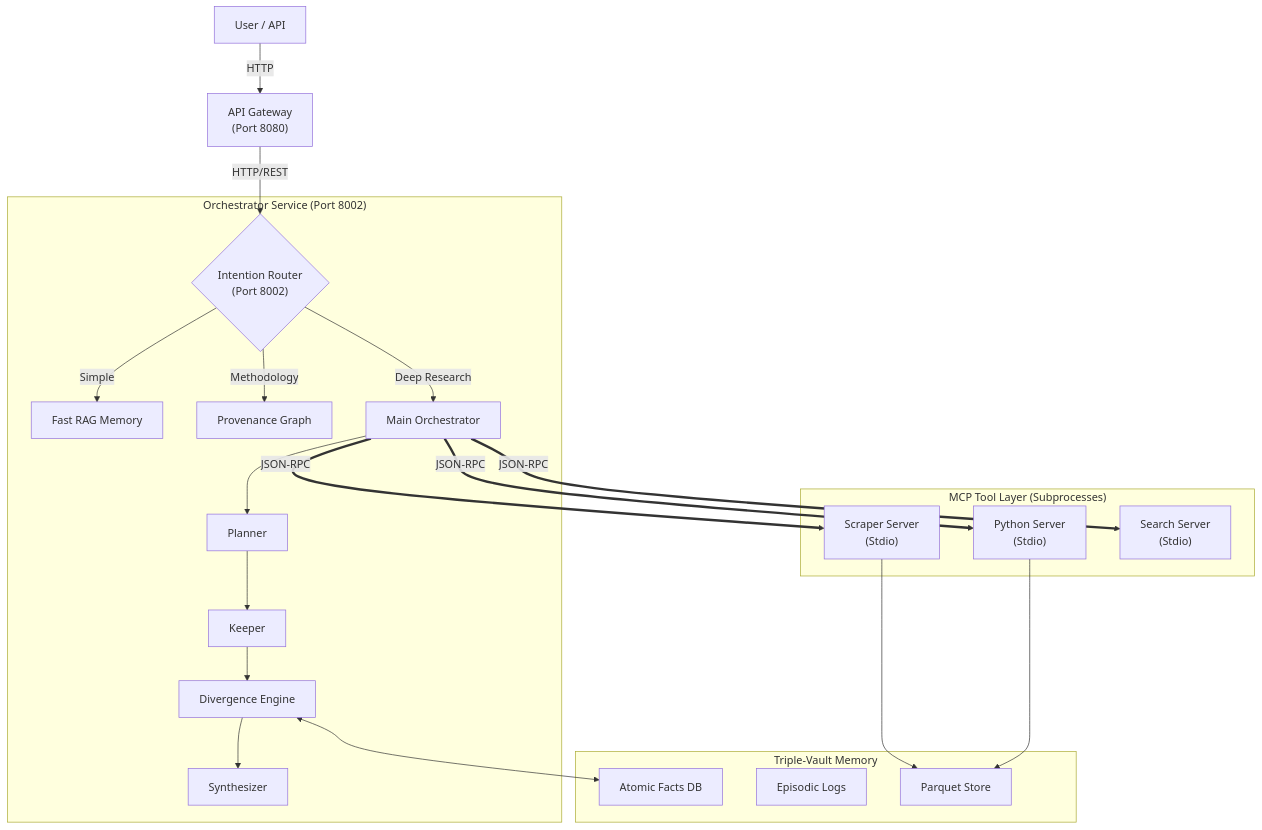
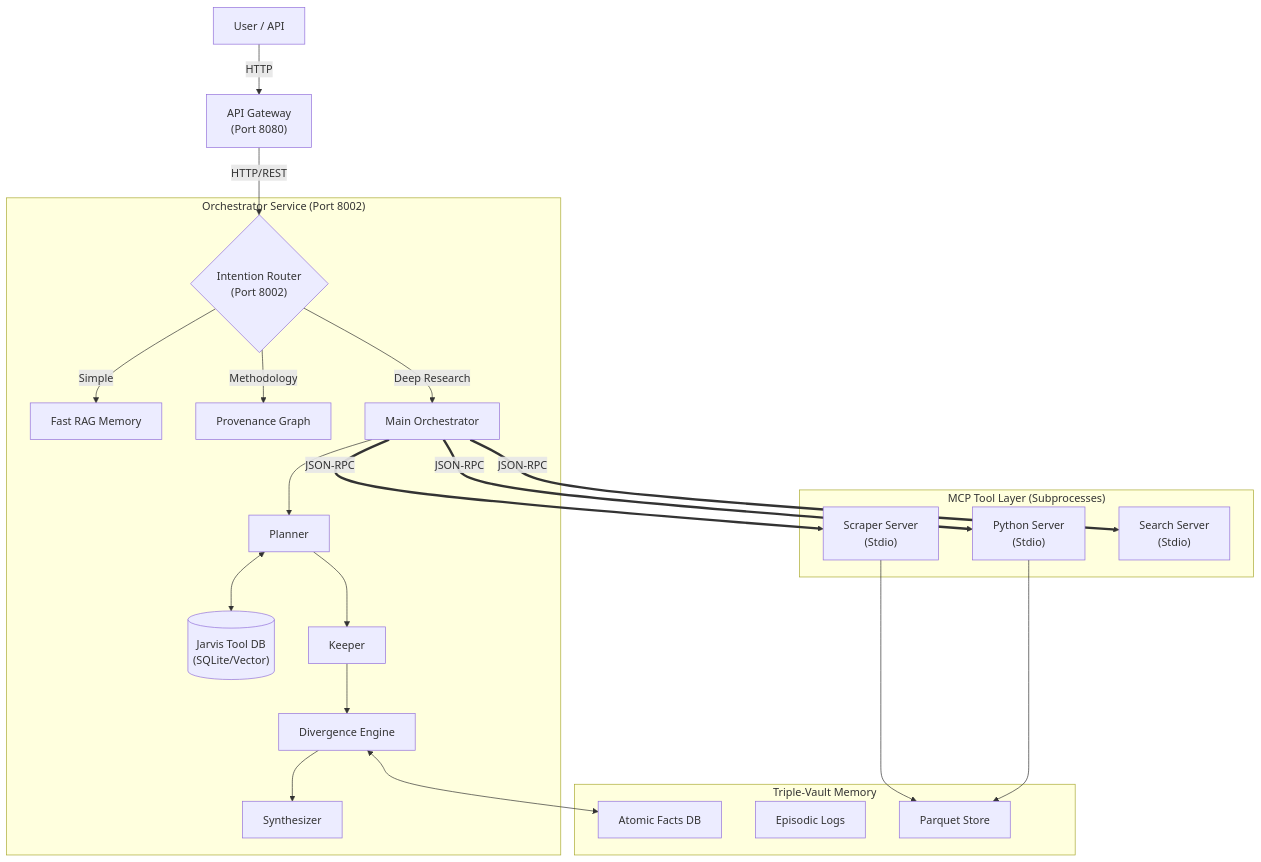
The second of 6 diagrams in README.md (azzindani/Kea), drawn with Mermaid before and after one commit. The commit also changed other lines of this file, not shown here.

Commit message:
docs: document the new Jarvis Persistent Tool Registry, JIT execution, updated architecture diagrams, and simplified run instructions.

````diff
--- a/README.md
+++ b/README.md
@@ -393,36 +393,37 @@
 ```mermaid
 graph TD
     User[User / API] -->|HTTP| Gateway["API Gateway<br/>(Port 8080)"]
     Gateway -->|HTTP/REST| Router{"Intention Router<br/>(Port 8002)"}
     
     subgraph "Orchestrator Service (Port 8002)"
         Router -->|Simple| FastRAG["Fast RAG Memory"]
         Router -->|Methodology| Provenance[Provenance Graph]
         Router -->|Deep Research| Orchestrator["Main Orchestrator"]
         
         Orchestrator --> Planner["Planner"]
+        Planner <--> Registry[("Jarvis Tool DB<br/>(SQLite/Vector)")]
         Planner --> Keeper["Keeper"]
         Keeper --> Divergence["Divergence Engine"]
         Divergence --> Synthesizer["Synthesizer"]
     end
     
     subgraph "MCP Tool Layer (Subprocesses)"
         Scraper["Scraper Server<br/>(Stdio)"]
         Analyst["Python Server<br/>(Stdio)"]
         Search["Search Server<br/>(Stdio)"]
     end
     
     subgraph MemoryVault[Triple-Vault Memory]
         Atomic["Atomic Facts DB"]
         Episodic["Episodic Logs"]
         Artifacts["Parquet Store"]
     end
     
     Orchestrator ==JSON-RPC==> Scraper
     Orchestrator ==JSON-RPC==> Analyst
     Orchestrator ==JSON-RPC==> Search
     
     Divergence <--> Atomic
     Scraper --> Artifacts
     Analyst --> Artifacts
 ```
````
